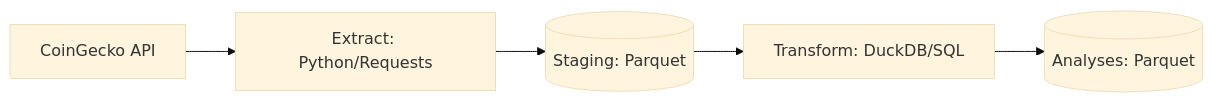
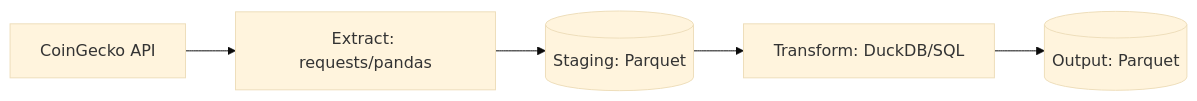
One commit to JSelemin/crypto_pipeline changed the diagram in README.en.md. Above: the diagram before and after it, drawn with Mermaid (base theme). The commit also changed other lines of this file and 1 other file, not shown here.

````diff
--- a/README.en.md
+++ b/README.en.md
@@ -26,7 +29,7 @@
 ```mermaid
 graph LR
-    A[CoinGecko API] --> B[Extract: Python/Requests]
+    A[CoinGecko API] --> B[Extract: requests/pandas]
     B --> C[(Staging: Parquet)]
     C --> D[Transform: DuckDB/SQL]
-    D --> E[(Analyses: Parquet)]
+    D --> E[(Output: Parquet)]
 ```
````
